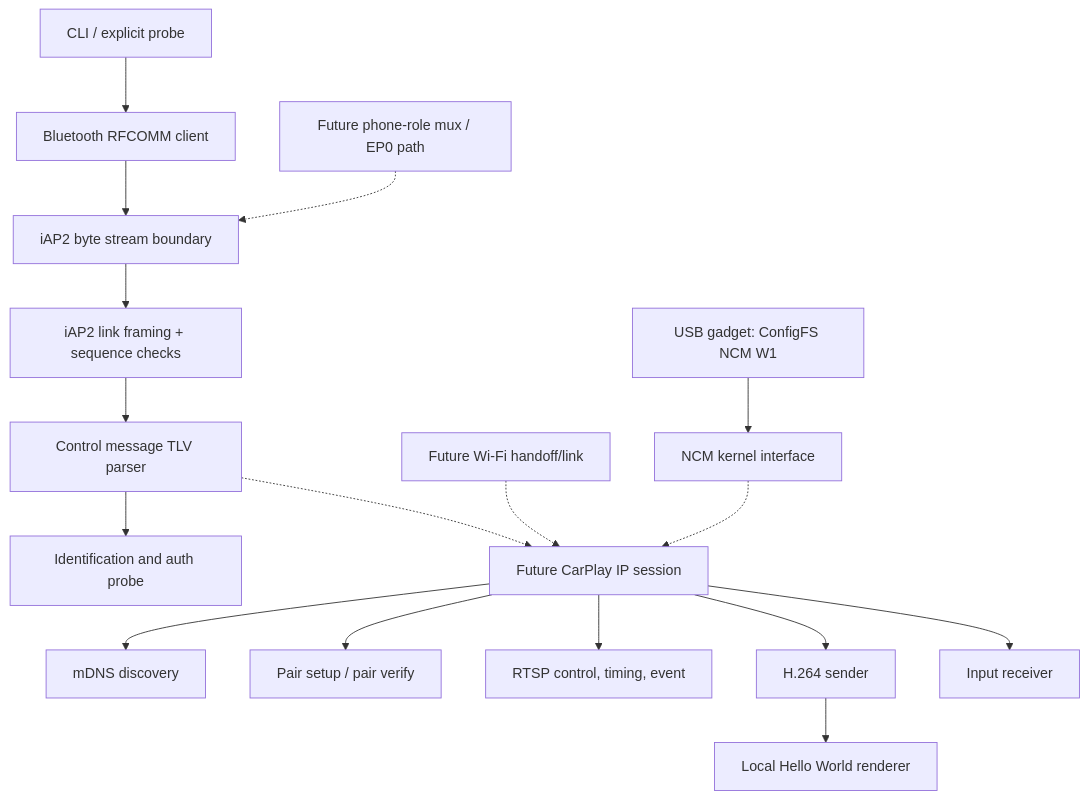
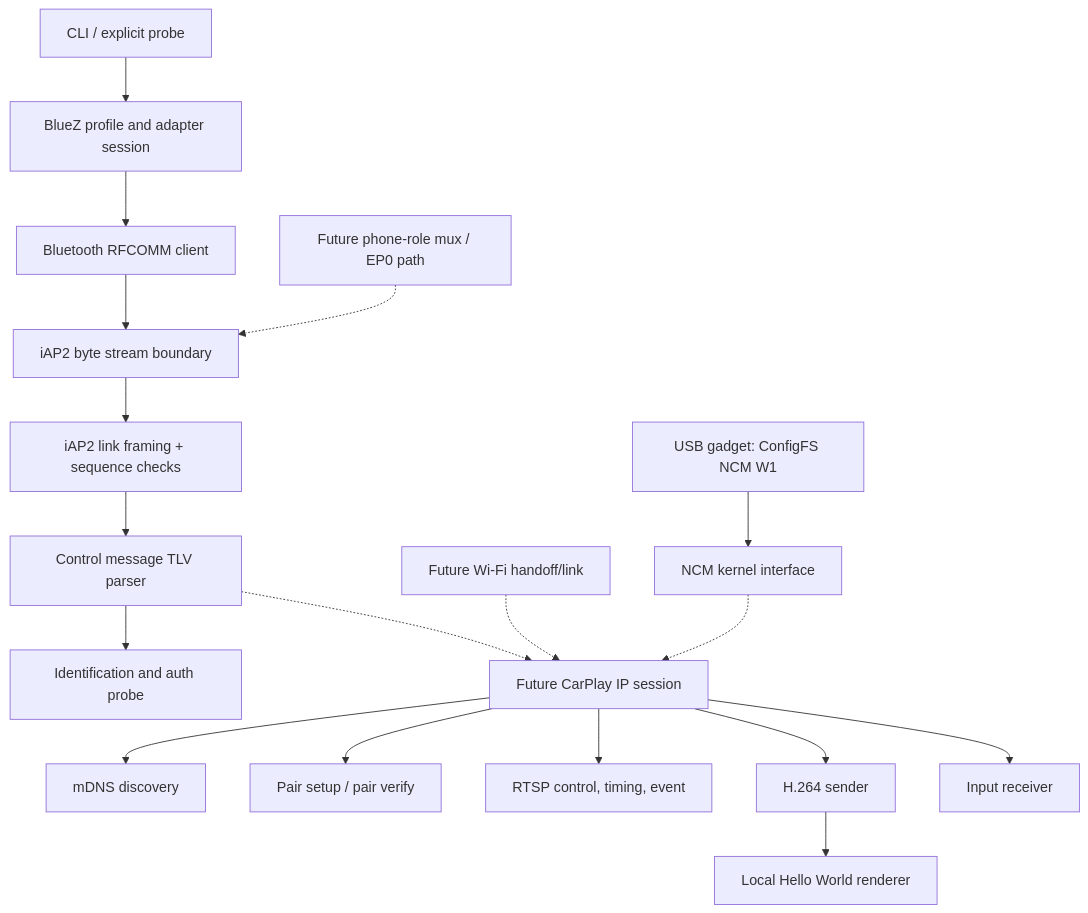
Before and after one commit to tylxr59/CarPi: the second of 2 diagrams in docs/architecture.md, drawn with Mermaid. The commit also changed other lines of this file and 12 other files, not shown here.

First line of the commit message:
Add reversible BlueZ iAP2 profile and research probe workflow

````diff
--- a/docs/architecture.md
+++ b/docs/architecture.md
@@ -14,19 +14,20 @@
 ```mermaid
 flowchart TB
-    CLI[CLI / explicit probe] --> BT[Bluetooth RFCOMM client]
+    CLI[CLI / explicit probe] --> BZ[BlueZ profile and adapter session]
+    BZ --> BT[Bluetooth RFCOMM client]
     BT --> TRANSPORT[iAP2 byte stream boundary]
     USB[USB gadget: ConfigFS NCM W1] --> NCM[NCM kernel interface]
     FFS[Future phone-role mux / EP0 path] -.-> TRANSPORT
     TRANSPORT --> LINK[iAP2 link framing + sequence checks]
     LINK --> CSM[Control message TLV parser]
     CSM --> AUTH[Identification and auth probe]
     CSM -.-> IP[Future CarPlay IP session]
     WIFI[Future Wi-Fi handoff/link] -.-> IP
     NCM -.-> IP
     IP --> MDNS[mDNS discovery]
     IP --> PAIR[Pair setup / pair verify]
     IP --> RTSP[RTSP control, timing, event]
     IP --> VIDEO[H.264 sender]
     VIDEO --> FRAME[Local Hello World renderer]
     IP --> INPUT[Input receiver]
 ```
````
